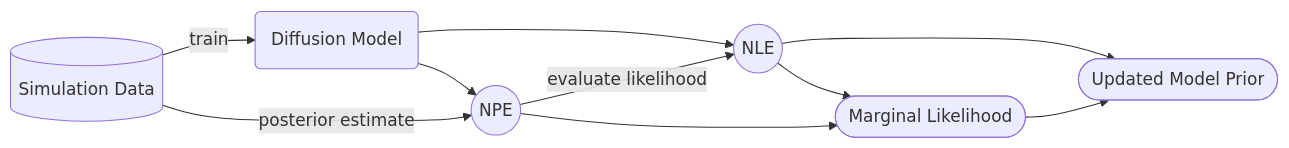
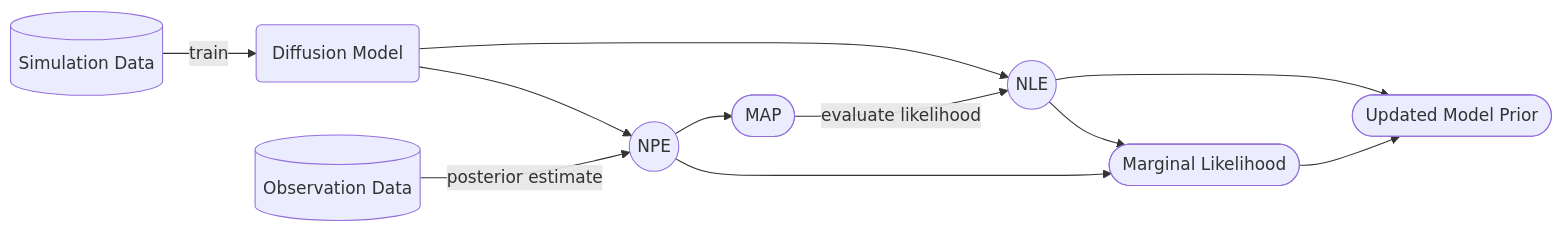
Before and after one commit to bGuenes/sbi_model_comparison: the diagram in readme.md, drawn with Mermaid.

````diff
--- a/readme.md
+++ b/readme.md
@@ -5,11 +5,16 @@
 ``` mermaid
 flowchart LR
-    A@{label: "Simulation Data", shape: cyl} --> |train| B(Diffusion Model) 
+    A@{label: "Simulation Data", shape: cyl} --> |train| B(Diffusion Model)
+    
+
     B --> C((NLE))
     B --> D((NPE))
-    A --> |posterior estimate| D
-    D --> |evaluate likelihood| C
-    C & D --> F([Marginal Likelihood])
-    C & F --> G([Updated Model Prior])
+    E@{label: "Observation Data", shape: cyl} --> |posterior estimate| D
+
+    D --> F([MAP])
+
+    F --> |evaluate likelihood| C
+    C & D --> G([Marginal Likelihood])
+    C & G --> H([Updated Model Prior])
     
 ```
````
